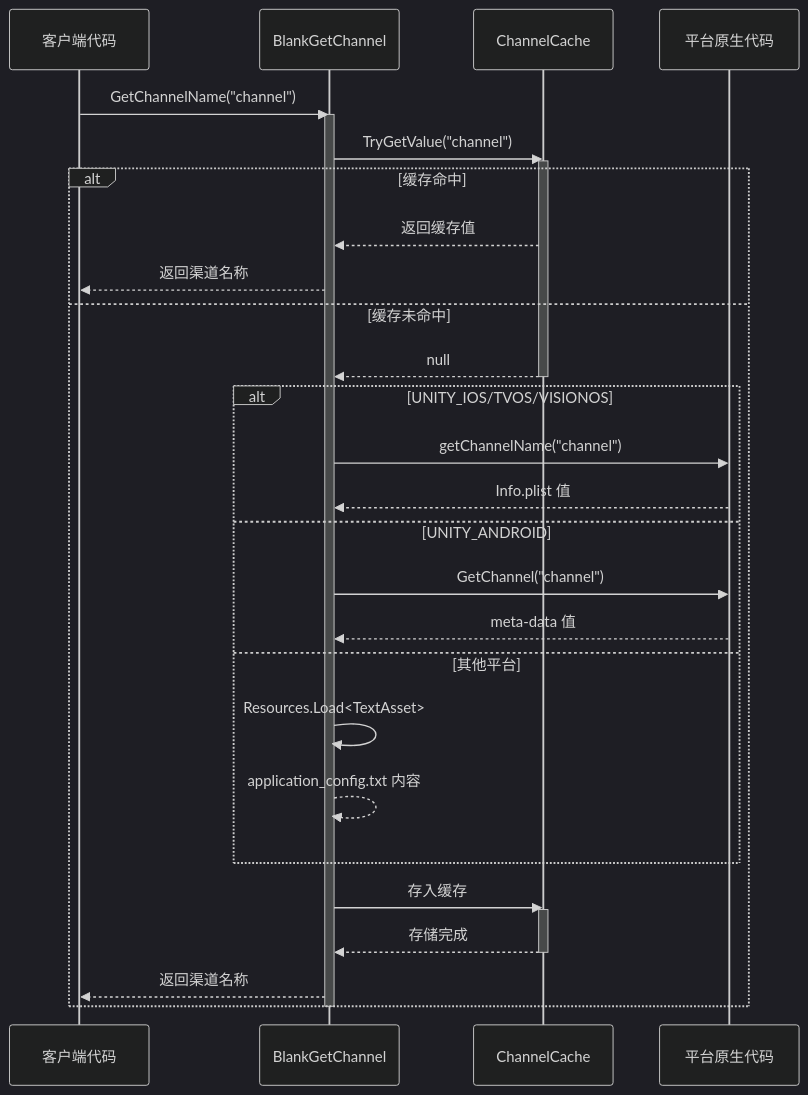
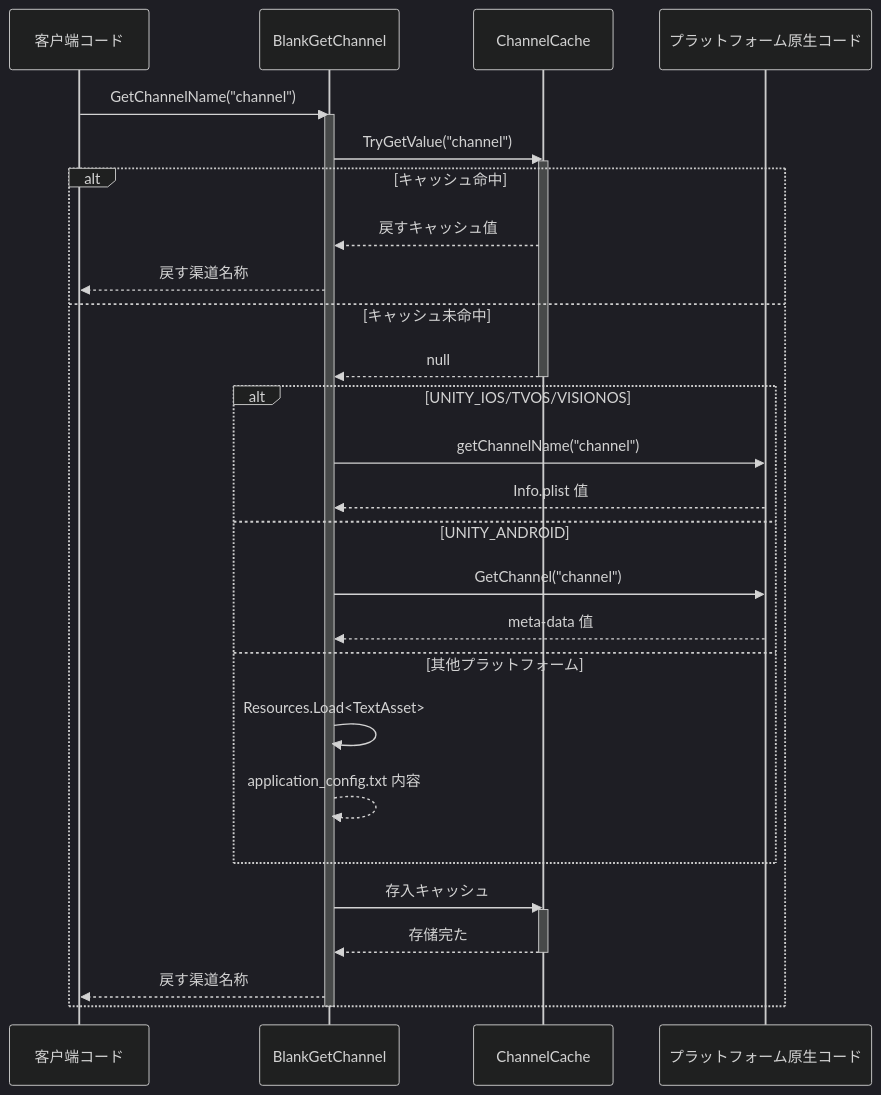
Before and after one commit to AlianBlank/GameFrameX.Docs: the third of 3 diagrams in docs/ja/client/unity/component/getchannel/04.platform-configuration.md, drawn with Mermaid (dark theme). The commit also changed other lines of this file and 320 other files, not shown here.

````diff
--- a/docs/ja/client/unity/component/getchannel/04.platform-configuration.md
+++ b/docs/ja/client/unity/component/getchannel/04.platform-configuration.md
@@ -269,41 +269,41 @@
 ```mermaid
 sequenceDiagram
-    participant C as 客户端代码
+    participant C as 客户端コード
     participant API as BlankGetChannel
     participant Cache as ChannelCache
-    participant Native as 平台原生代码
+    participant Native as プラットフォーム原生コード
 
     C->>API: GetChannelName("channel")
     activate API
     
     API->>Cache: TryGetValue("channel")
     activate Cache
     
-    alt 缓存命中
-        Cache-->>API: 返回缓存值
-        API-->>C: 返回渠道名称
-    else 缓存未命中
+    alt キャッシュ命中
+        Cache-->>API: 戻すキャッシュ值
+        API-->>C: 戻す渠道名称
+    else キャッシュ未命中
         Cache-->>API: null
         deactivate Cache
         
         alt UNITY_IOS/TVOS/VISIONOS
             API->>Native: getChannelName("channel")
             Native-->>API: Info.plist 值
         else UNITY_ANDROID
             API->>Native: GetChannel("channel")
             Native-->>API: meta-data 值
-        else 其他平台
+        else 其他プラットフォーム
             API->>API: Resources.Load<TextAsset>
             API-->>API: application_config.txt 内容
         end
         
-        API->>Cache: 存入缓存
+        API->>Cache: 存入キャッシュ
         activate Cache
-        Cache-->>API: 存储完成
+        Cache-->>API: 存储完た
         deactivate Cache
         
-        API-->>C: 返回渠道名称
+        API-->>C: 戻す渠道名称
     end
     
     deactivate API
 ```
````
